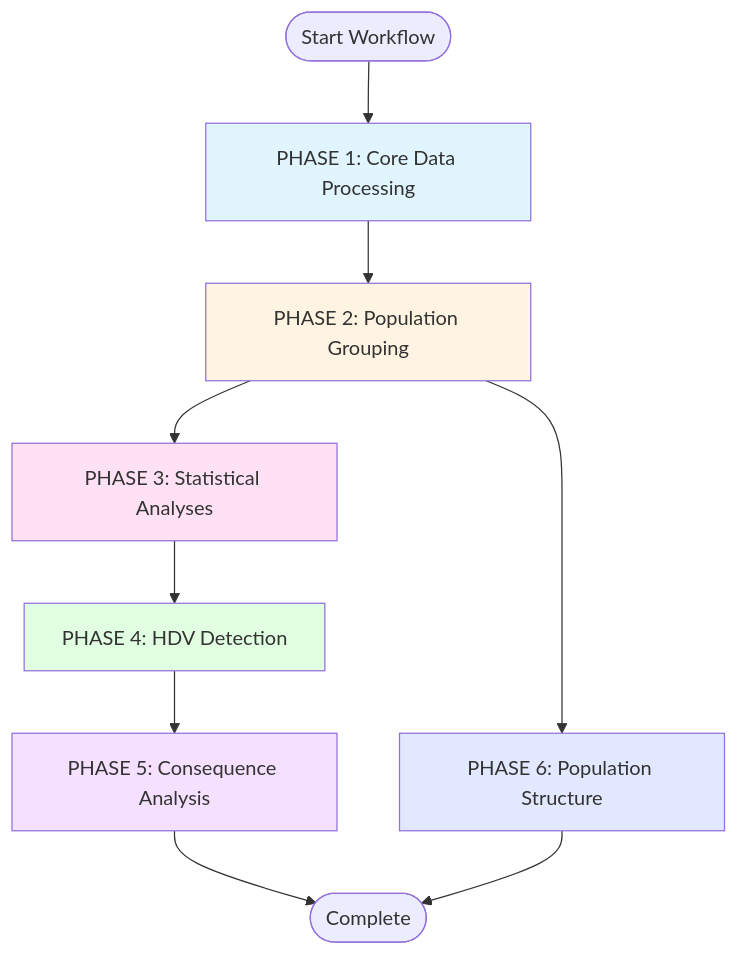
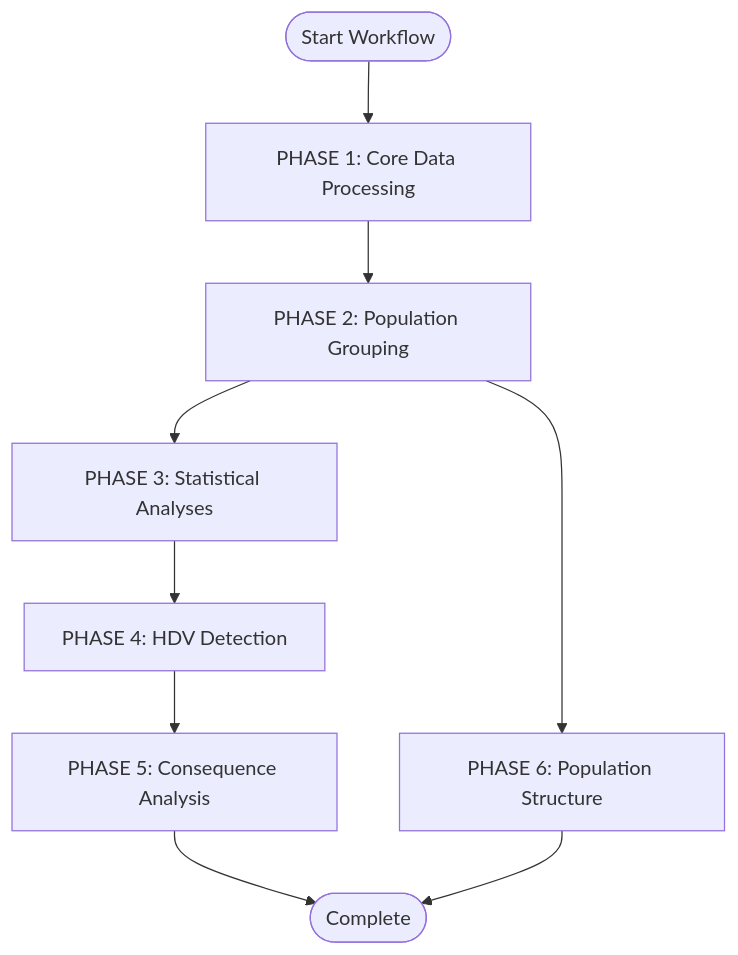
One commit to mamanambiya/exome_aibst_b38 changed the first of 8 diagrams in docs/WORKFLOW_GRAPH.md. Above: the diagram before and after it, drawn with Mermaid. The commit also changed other lines of this file, not shown here.

First line of the commit message:
docs: remove low-contrast fill colours from workflow graph

````diff
--- a/docs/WORKFLOW_GRAPH.md
+++ b/docs/WORKFLOW_GRAPH.md
@@ -5,18 +5,12 @@
 ```mermaid
 graph TB
     Start([Start Workflow]) --> Phase1[PHASE 1: Core Data Processing]
     Phase1 --> Phase2[PHASE 2: Population Grouping]
     Phase2 --> Phase3[PHASE 3: Statistical Analyses]
     Phase3 --> Phase4[PHASE 4: HDV Detection]
     Phase2 --> Phase6[PHASE 6: Population Structure]
     Phase4 --> Phase5[PHASE 5: Consequence Analysis]
     Phase5 --> End([Complete])
     Phase6 --> End
     
-    style Phase1 fill:#e1f5ff
-    style Phase2 fill:#fff4e1
-    style Phase3 fill:#ffe1f5
-    style Phase4 fill:#e1ffe1
-    style Phase5 fill:#f5e1ff
-    style Phase6 fill:#e1e8ff
 ```
````
